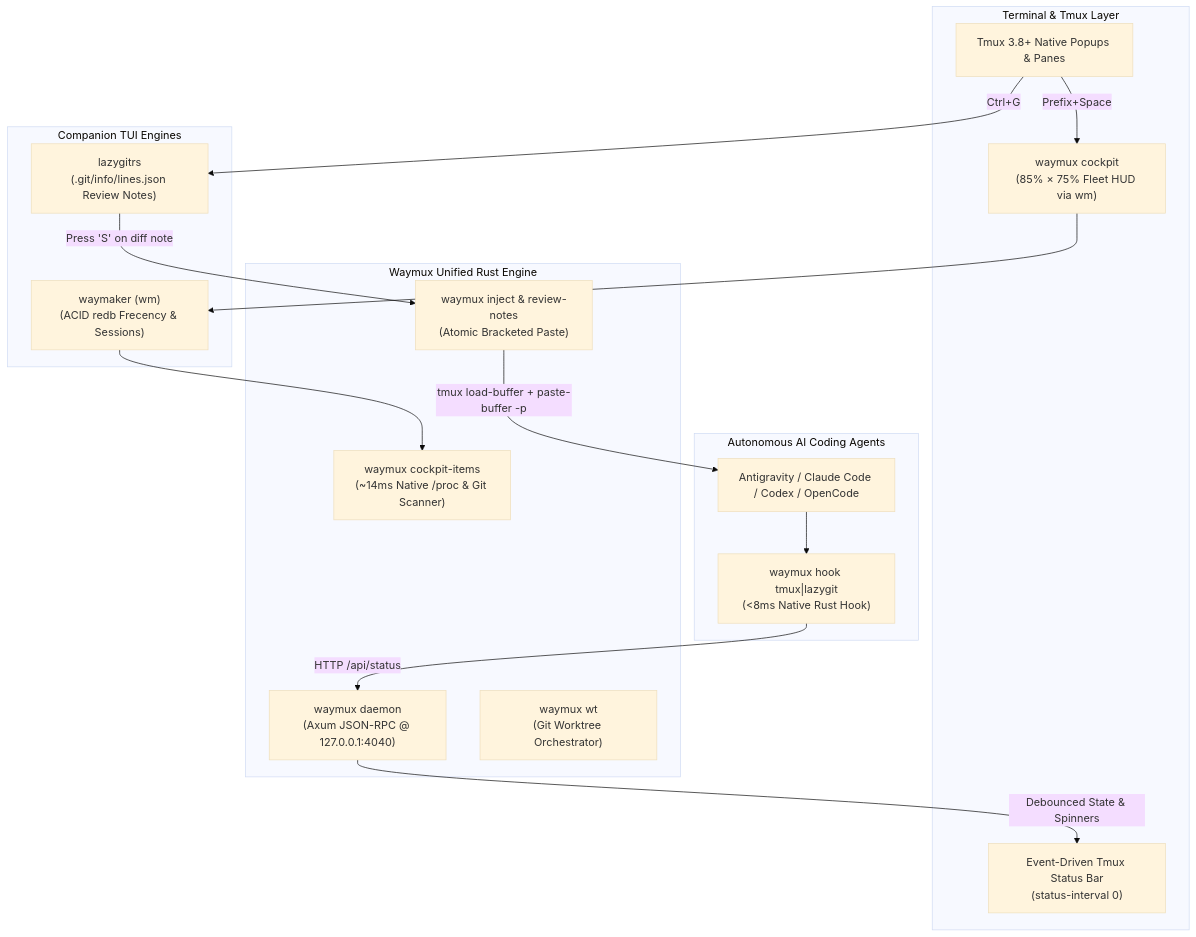
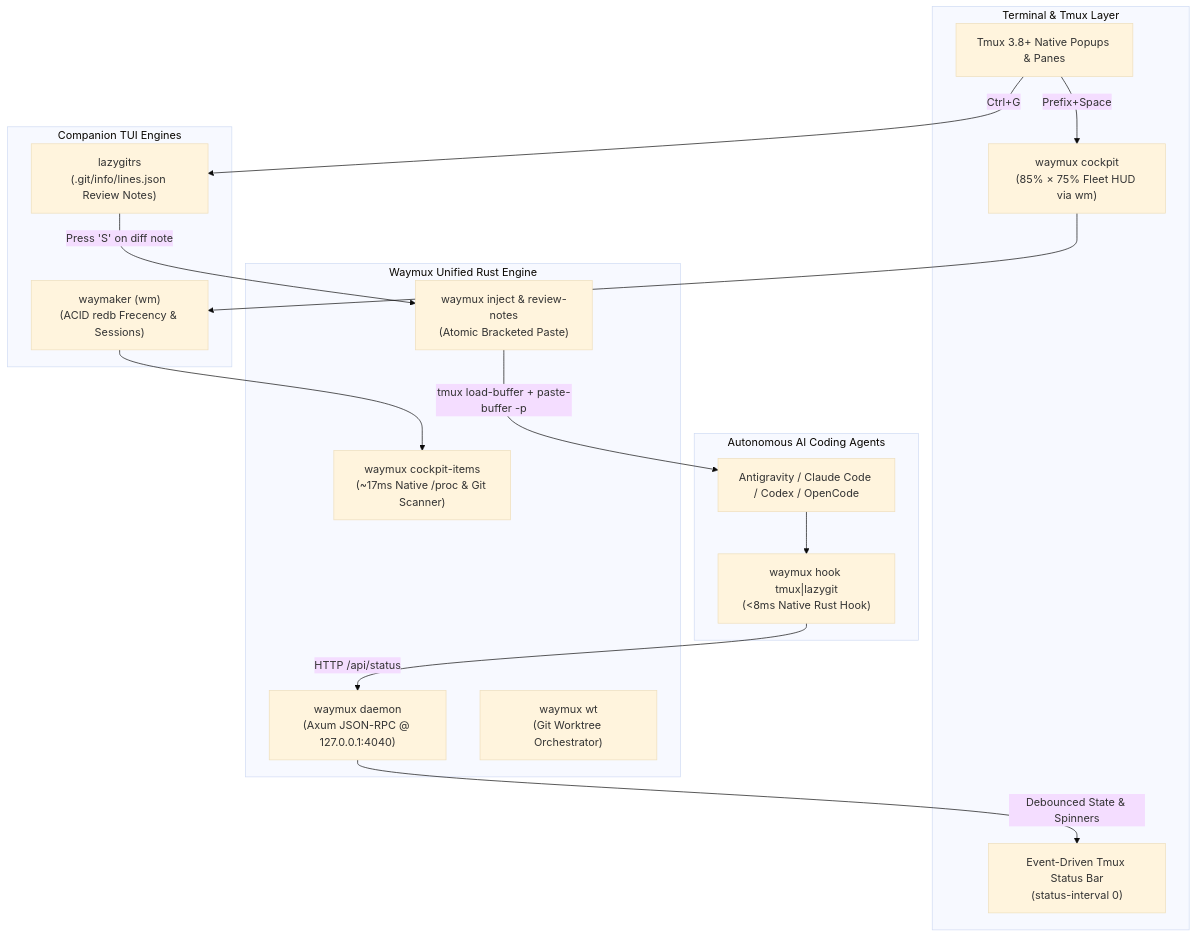
One commit to felipecm-br/waymux changed the diagram in README.md. Above: the diagram before and after it, drawn with Mermaid (base theme). The commit also changed other lines of this file and 4 other files, not shown here.

````diff
--- a/README.md
+++ b/README.md
@@ -140,35 +143,35 @@
 ```mermaid
 flowchart TD
     subgraph UI ["Terminal & Tmux Layer"]
         Tmux["Tmux 3.8+ Native Popups & Panes"]
         Cockpit["waymux cockpit\n(85% × 75% Fleet HUD via wm)"]
         Bar["Event-Driven Tmux Status Bar\n(status-interval 0)"]
     end
 
     subgraph Agents ["Autonomous AI Coding Agents"]
         Agent["Antigravity / Claude Code / Codex / OpenCode"]
         Hook["waymux hook tmux|lazygit\n(<8ms Native Rust Hook)"]
     end
 
     subgraph Core ["Waymux Unified Rust Engine"]
         Daemon["waymux daemon\n(Axum JSON-RPC @ 127.0.0.1:4040)"]
-        Scanner["waymux cockpit-items\n(~14ms Native /proc & Git Scanner)"]
+        Scanner["waymux cockpit-items\n(~17ms Native /proc & Git Scanner)"]
         Injector["waymux inject & review-notes\n(Atomic Bracketed Paste)"]
         WT["waymux wt\n(Git Worktree Orchestrator)"]
     end
 
     subgraph Companion ["Companion TUI Engines"]
         WM["waymaker (wm)\n(ACID redb Frecency & Sessions)"]
         LG["lazygitrs\n(.git/info/lines.json Review Notes)"]
     end
 
     Agent --> Hook
     Hook -->|HTTP /api/status| Daemon
     Daemon -->|Debounced State & Spinners| Bar
     Tmux -->|Prefix+Space| Cockpit
     Cockpit --> WM
     WM --> Scanner
     Tmux -->|Ctrl+G| LG
     LG -->|Press 'S' on diff note| Injector
     Injector -->|tmux load-buffer + paste-buffer -p| Agent
 ```
````
